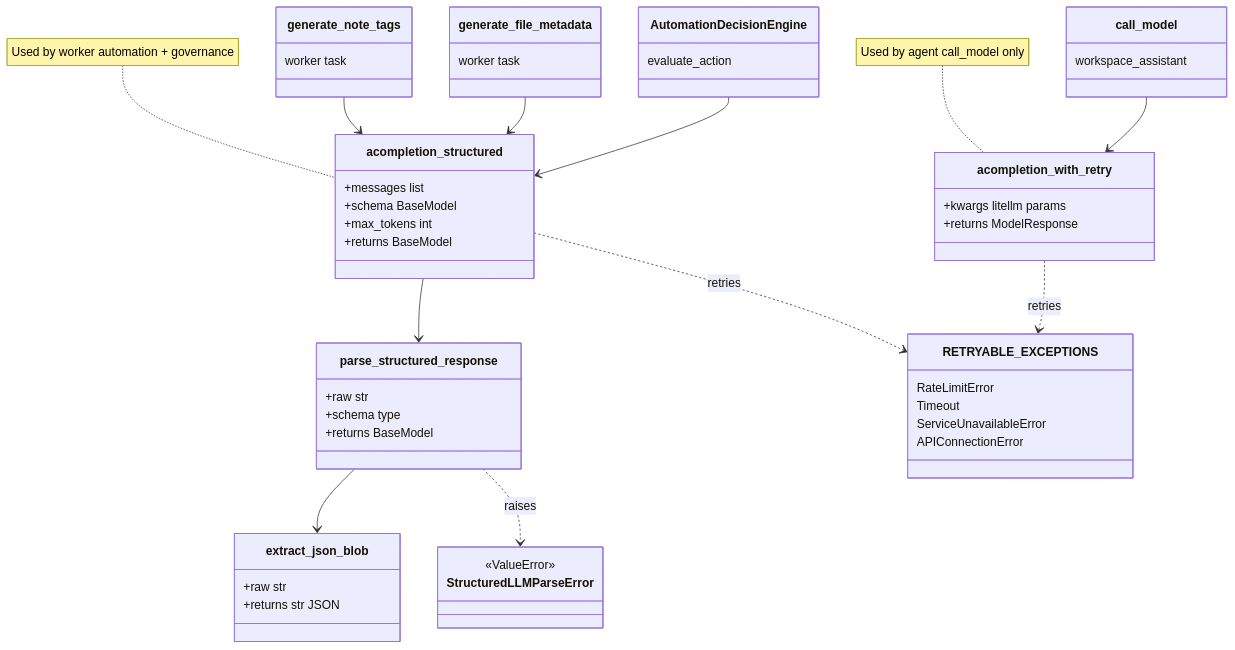
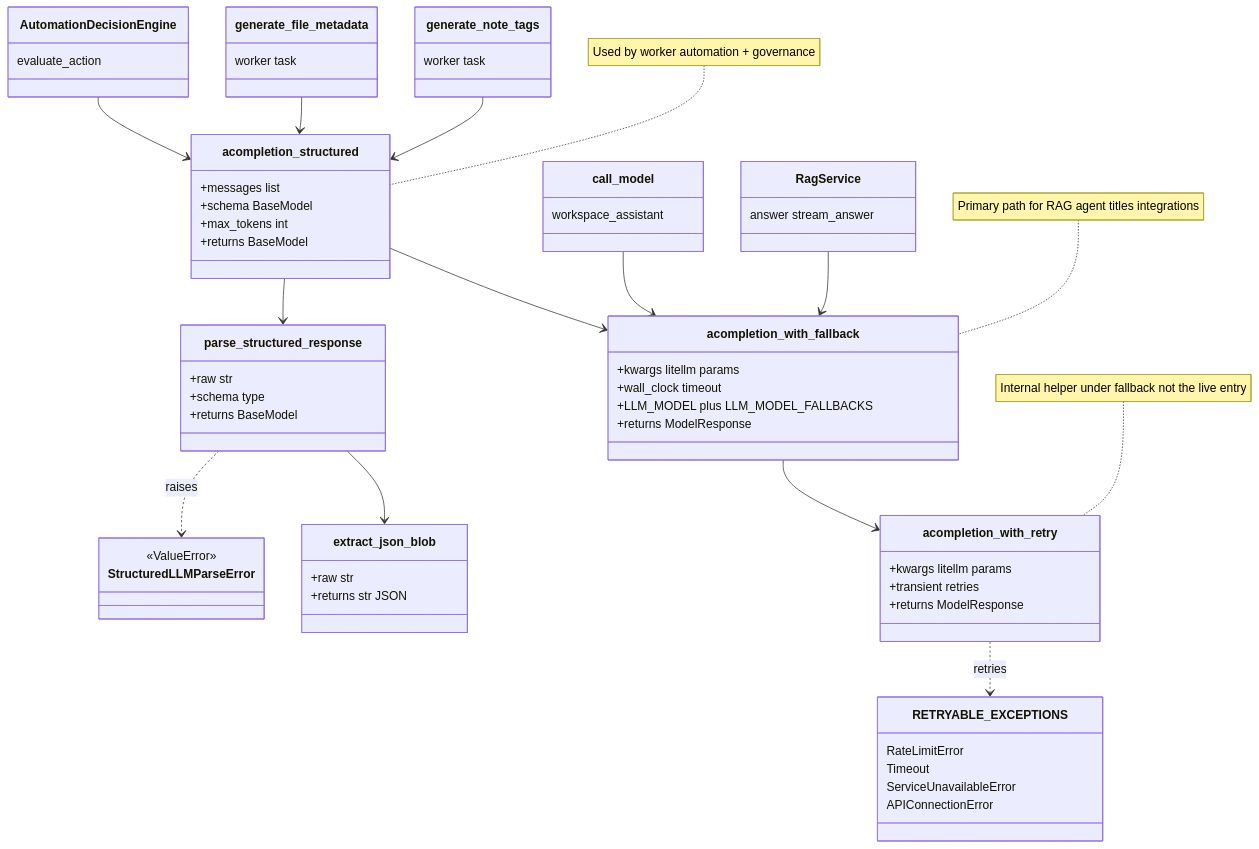
Diagram 13 of 13 in docs/uml/diagrams.md (RudraPramanik/system-dashnote), drawn with Mermaid before and after one commit. The commit also changed other lines of this file and 50 other files, not shown here.

Commit message:
eval run for better version of rag response

````diff
--- a/docs/uml/diagrams.md
+++ b/docs/uml/diagrams.md
@@ -538,8 +561,16 @@
         +returns BaseModel
     }
 
+    class acompletion_with_fallback {
+        +kwargs litellm params
+        +wall_clock timeout
+        +LLM_MODEL plus LLM_MODEL_FALLBACKS
+        +returns ModelResponse
+    }
+
     class acompletion_with_retry {
         +kwargs litellm params
+        +transient retries
         +returns ModelResponse
     }
 
@@ -581,17 +612,24 @@
         workspace_assistant
     }
 
+    class RagService {
+        answer stream_answer
+    }
+
+    acompletion_structured --> acompletion_with_fallback
     acompletion_structured --> parse_structured_response
     parse_structured_response --> extract_json_blob
     parse_structured_response ..> StructuredLLMParseError : raises
-    acompletion_structured ..> RETRYABLE_EXCEPTIONS : retries
+    acompletion_with_fallback --> acompletion_with_retry
     acompletion_with_retry ..> RETRYABLE_EXCEPTIONS : retries
 
     generate_note_tags --> acompletion_structured
     generate_file_metadata --> acompletion_structured
     AutomationDecisionEngine --> acompletion_structured
-    call_model --> acompletion_with_retry
+    call_model --> acompletion_with_fallback
+    RagService --> acompletion_with_fallback
 
     note for acompletion_structured "Used by worker automation + governance"
-    note for acompletion_with_retry "Used by agent call_model only"
+    note for acompletion_with_fallback "Primary path for RAG agent titles integrations"
+    note for acompletion_with_retry "Internal helper under fallback not the live entry"
 ```
````
